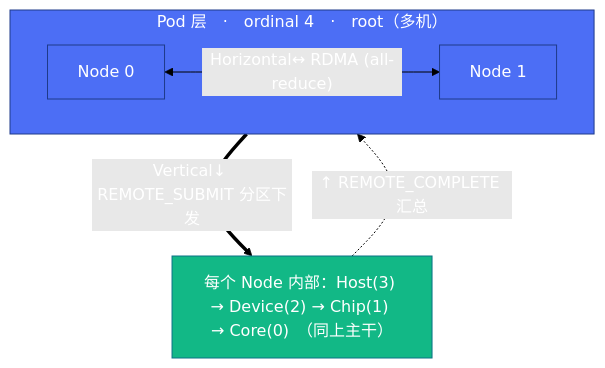
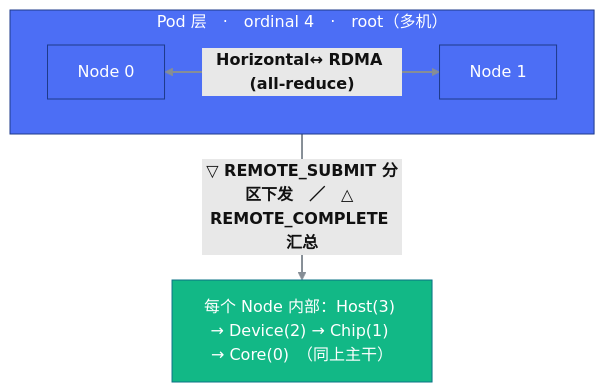
Before and after one commit to csy0225/pypto-project: the third of 5 diagrams in notes/02-logical-view.md, drawn with Mermaid (forest theme). The commit also changed other lines of this file, not shown here.

First line of the commit message:
docs(notes): 层次图 Core(0) 沉底 + 垂直边标改高对比色

````diff
--- a/notes/02-logical-view.md
+++ b/notes/02-logical-view.md
@@ -173,17 +170,17 @@
 ```mermaid
 flowchart TB
     subgraph Pod["Pod 层　·　ordinal 4　·　root（多机）"]
         direction LR
         N0["Node 0"]
         N1["Node 1"]
         N0 <-->|"Horizontal↔ RDMA (all-reduce)"| N1
     end
     Below["每个 Node 内部：Host(3) → Device(2) → Chip(1) → Core(0)　（同上主干）"]
-    Pod ==>|"Vertical↓ REMOTE_SUBMIT 分区下发"| Below
-    Below -.->|"↑ REMOTE_COMPLETE 汇总"| Pod
+    Pod ==>|"▽ REMOTE_SUBMIT 分区下发　／　△ REMOTE_COMPLETE 汇总"| Below
 
     classDef root fill:#4C6EF5,stroke:#1E3A8A,color:#fff;
     classDef mid fill:#12B886,stroke:#0B7285,color:#fff;
     class Pod,N0,N1 root;
     class Below mid;
+    linkStyle default stroke:#868E96,stroke-width:2px,color:#111111,font-weight:bold;
 ```
````
